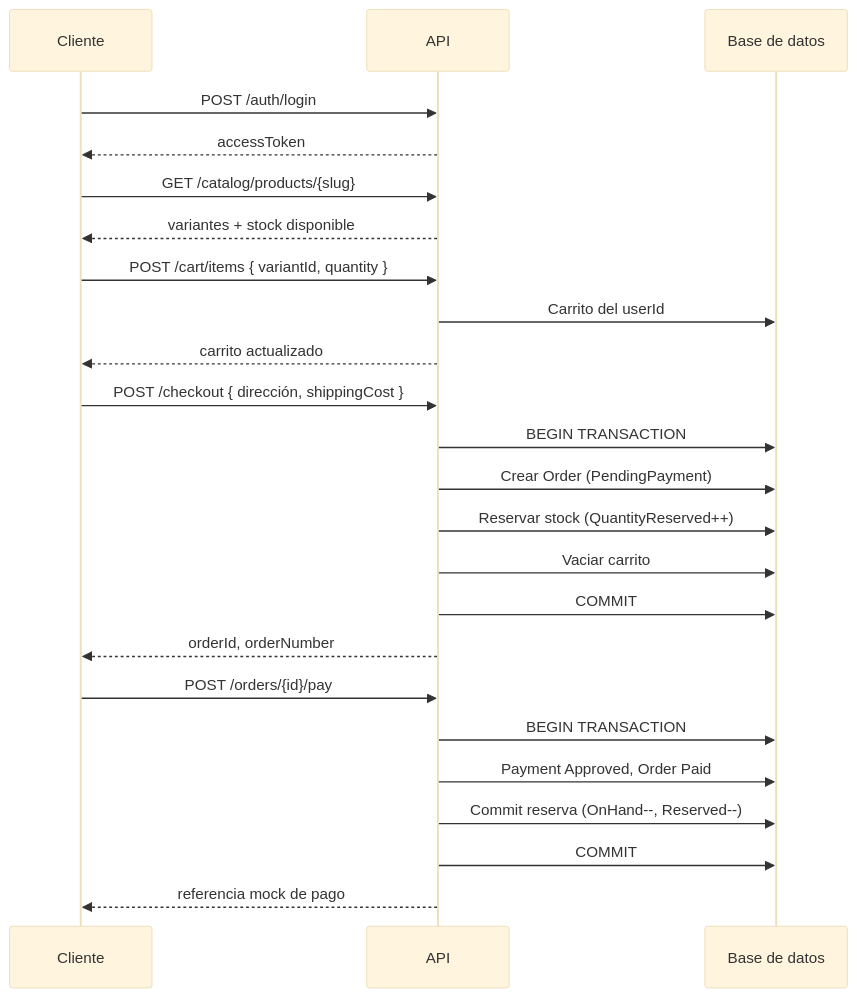
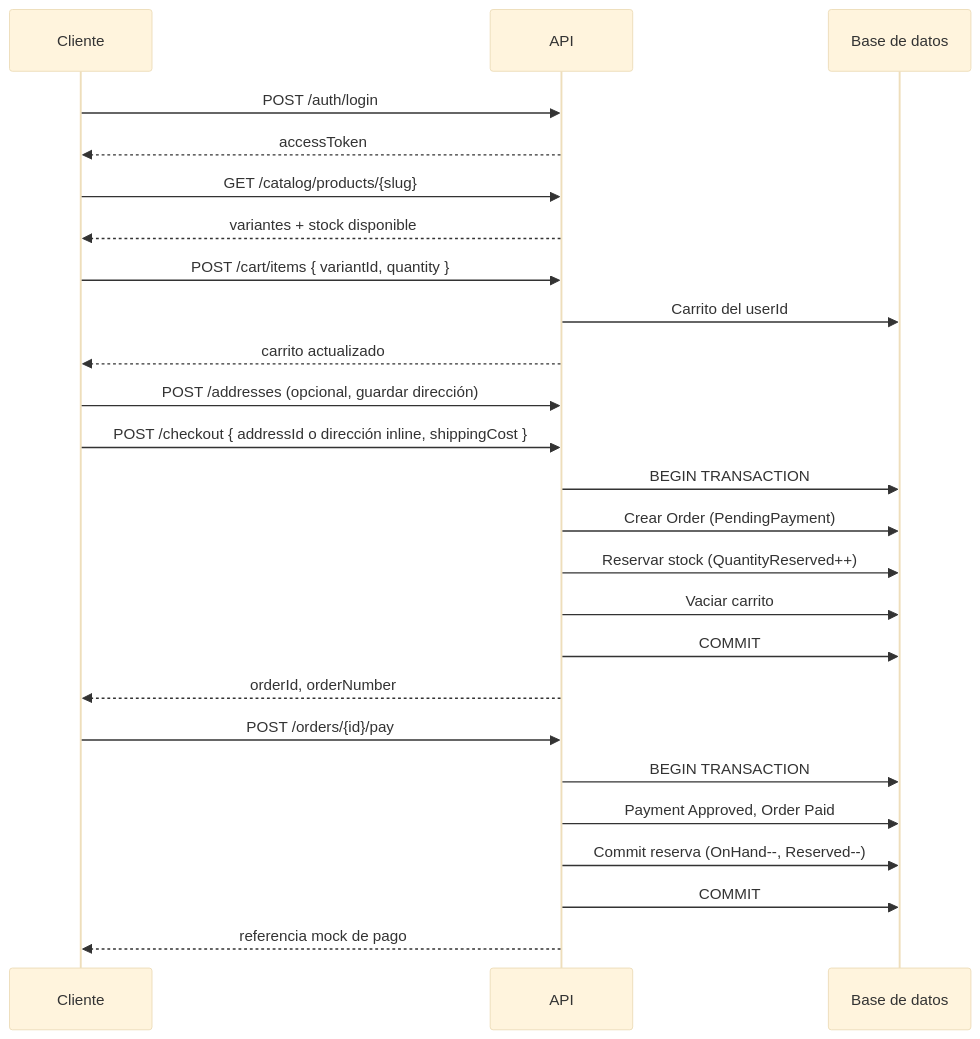
One commit to MickePrado-DEV/Ecommerce-api changed the diagram in docs/06-flujos-de-negocio.md. Above: the diagram before and after it, drawn with Mermaid (base theme). The commit also changed other lines of this file and 9 other files, not shown here.

````diff
--- a/docs/06-flujos-de-negocio.md
+++ b/docs/06-flujos-de-negocio.md
@@ -5,31 +5,32 @@
 ```mermaid
 sequenceDiagram
     participant C as Cliente
     participant API as API
     participant DB as Base de datos
 
     C->>API: POST /auth/login
     API-->>C: accessToken
 
     C->>API: GET /catalog/products/{slug}
     API-->>C: variantes + stock disponible
 
     C->>API: POST /cart/items { variantId, quantity }
     API->>DB: Carrito del userId
     API-->>C: carrito actualizado
 
-    C->>API: POST /checkout { dirección, shippingCost }
+    C->>API: POST /addresses (opcional, guardar dirección)
+    C->>API: POST /checkout { addressId o dirección inline, shippingCost }
     API->>DB: BEGIN TRANSACTION
     API->>DB: Crear Order (PendingPayment)
     API->>DB: Reservar stock (QuantityReserved++)
     API->>DB: Vaciar carrito
     API->>DB: COMMIT
     API-->>C: orderId, orderNumber
 
     C->>API: POST /orders/{id}/pay
     API->>DB: BEGIN TRANSACTION
     API->>DB: Payment Approved, Order Paid
     API->>DB: Commit reserva (OnHand--, Reserved--)
     API->>DB: COMMIT
     API-->>C: referencia mock de pago
 ```
````
